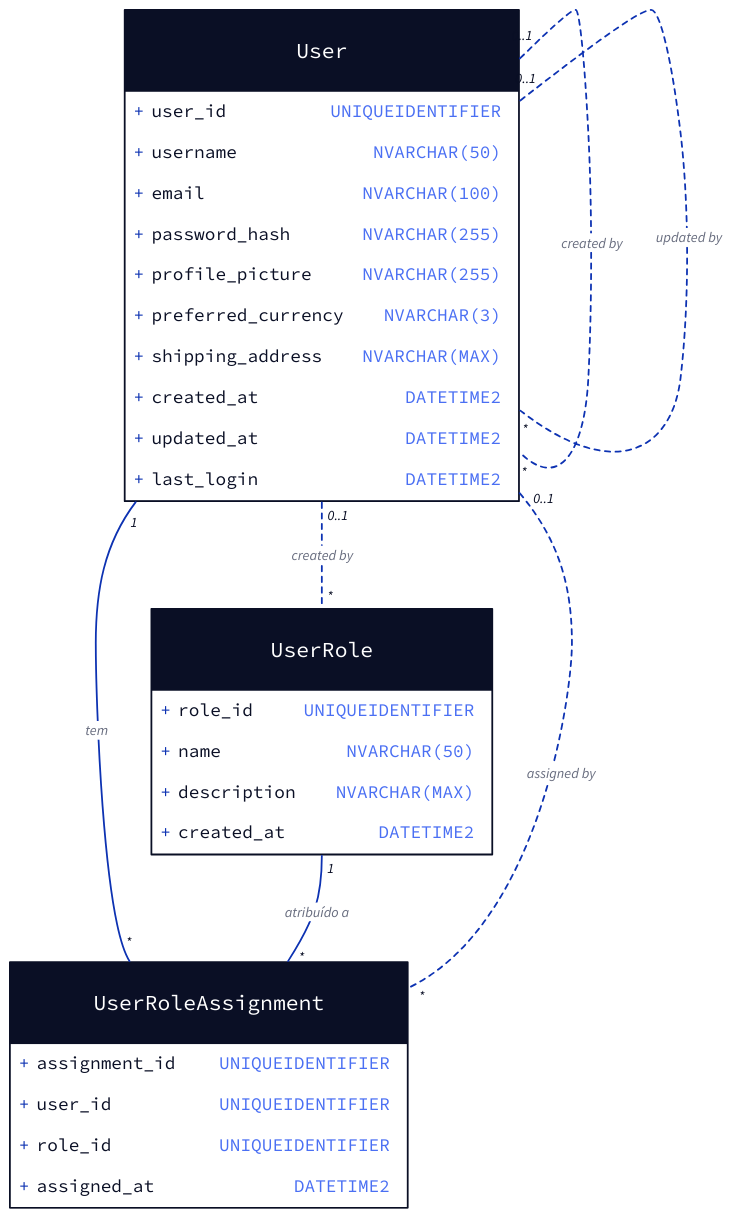
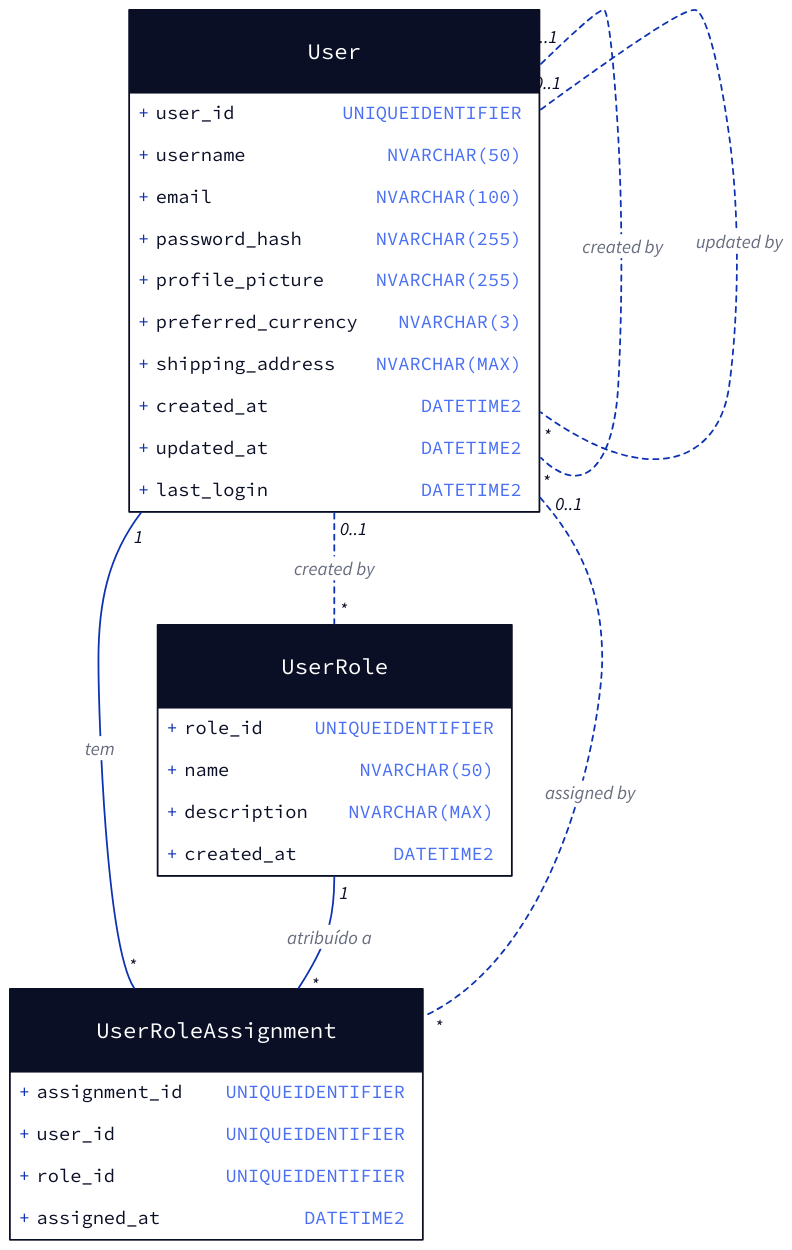
The diagram in RF0001.d2 (MatheusTheBot/DigsDeeperDiagrams), drawn with D2 before and after one commit. The commit also changed 1 other file, not shown here.

```diff
--- a/RF0001.d2
+++ b/RF0001.d2
@@ -1,63 +1,81 @@
 User: {
   shape: class
   +user_id: UNIQUEIDENTIFIER
   +username: NVARCHAR(50)
   +email: NVARCHAR(100)
   +password_hash: NVARCHAR(255)
   +profile_picture: NVARCHAR(255)
   +preferred_currency: NVARCHAR(3)
   +shipping_address: NVARCHAR(MAX)
   +created_at: DATETIME2
   +updated_at: DATETIME2
   +last_login: DATETIME2
+  style.font-size: 21
+  style.opacity: 1
 }
 
 UserRole: {
   shape: class
   +role_id: UNIQUEIDENTIFIER
   +name: NVARCHAR(50)
   +description: NVARCHAR(MAX)
   +created_at: DATETIME2
+  style.font-size: 21
+  style.opacity: 1
 }
 
 UserRoleAssignment: {
   shape: class
   +assignment_id: UNIQUEIDENTIFIER
   +user_id: UNIQUEIDENTIFIER
   +role_id: UNIQUEIDENTIFIER
   +assigned_at: DATETIME2
+  style.font-size: 21
+  style.opacity: 1
 }
 
 User -- UserRoleAssignment: tem {
   source-arrowhead: 1
   target-arrowhead: *
+  style.font-size: 21
+  style.opacity: 1
 }
 
 UserRole -- UserRoleAssignment: atribuído a {
   source-arrowhead: 1
   target-arrowhead: *
+  style.font-size: 21
+  style.opacity: 1
 }
 
 User -- User: created by {
   source-arrowhead: 0..1
   target-arrowhead: *
   style.stroke-dash: 3
+  style.font-size: 21
+  style.opacity: 1
 }
 
 User -- User: updated by {
   source-arrowhead: 0..1
   target-arrowhead: *
   style.stroke-dash: 3
+  style.font-size: 21
+  style.opacity: 1
 }
 
 User -- UserRole: created by {
   source-arrowhead: 0..1
   target-arrowhead: *
   style.stroke-dash: 3
+  style.font-size: 21
+  style.opacity: 1
 }
 
 User -- UserRoleAssignment: assigned by {
   source-arrowhead: 0..1
   target-arrowhead: *
   style.stroke-dash: 3
+  style.font-size: 21
+  style.opacity: 1
 }
```
